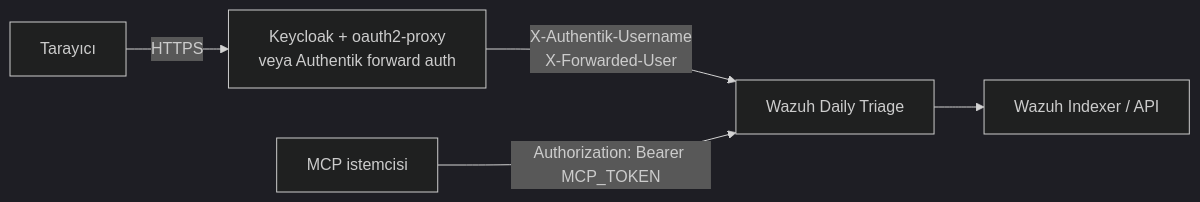
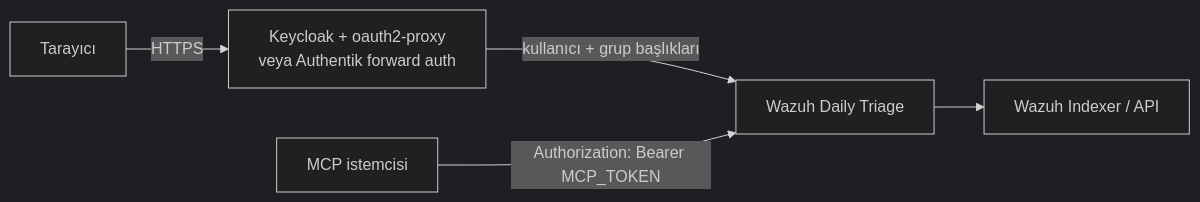
Before and after one commit to dururustem68/wazuh-daily-triage: the diagram in docs/wiki/SSO-Proxy-Auth-TR.md, drawn with Mermaid (dark theme). The commit also changed other lines of this file and 98 other files, not shown here.

First line of the commit message:
feat: dashboard with charts, MITRE ATT&CK view, SSO roles from groups; docs: task-based wiki; release 0.11.0

````diff
--- a/docs/wiki/SSO-Proxy-Auth-TR.md
+++ b/docs/wiki/SSO-Proxy-Auth-TR.md
@@ -11,7 +14,7 @@
 ```mermaid
 flowchart LR
   U[Tarayıcı] -->|HTTPS| P[Keycloak + oauth2-proxy<br/>veya Authentik forward auth]
-  P -->|X-Authentik-Username<br/>X-Forwarded-User| A[Wazuh Daily Triage]
+  P -->|kullanıcı + grup başlıkları| A[Wazuh Daily Triage]
   M[MCP istemcisi] -->|Authorization: Bearer MCP_TOKEN| A
   A --> W[Wazuh Indexer / API]
 ```
````
